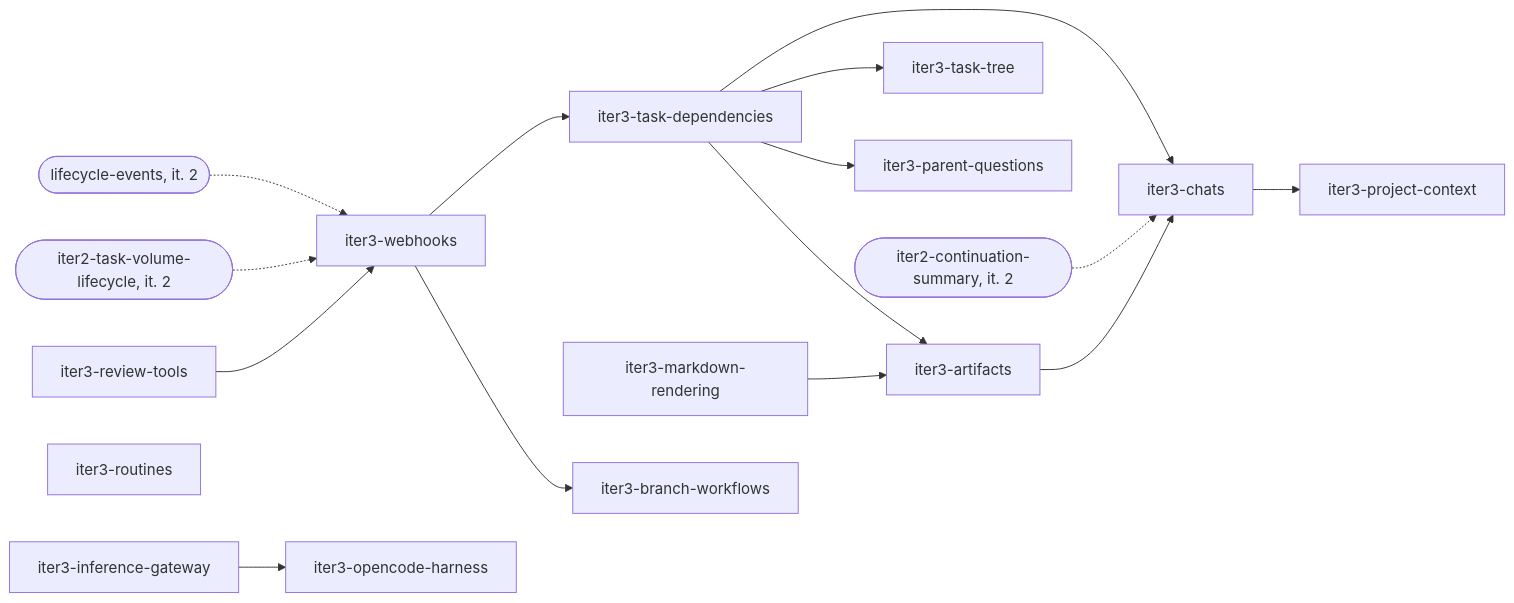
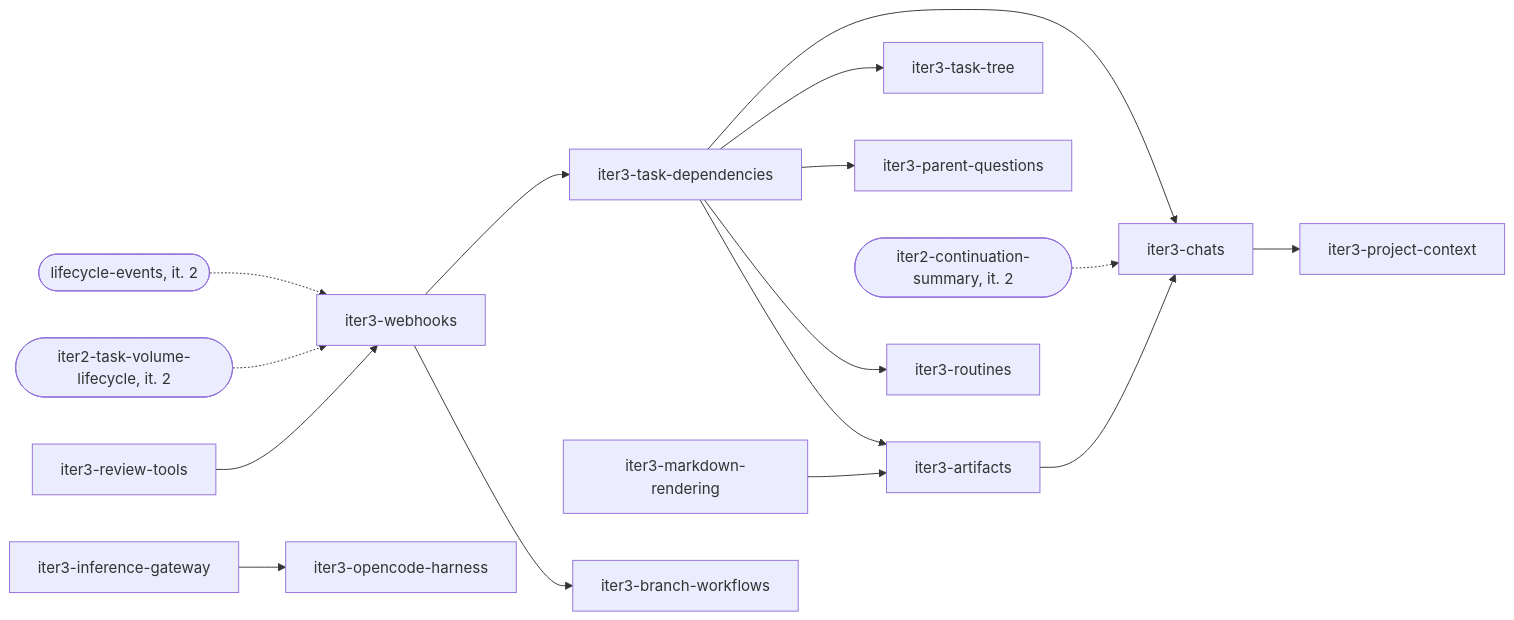
One commit to prskr/dark-factory changed the diagram in product/iterations/iteration-3.md. Above: the diagram before and after it, drawn with Mermaid. The commit also changed other lines of this file and 9 other files, not shown here.

First line of the commit message:
docs(openspec): propose iter3-routines

````diff
--- a/product/iterations/iteration-3.md
+++ b/product/iterations/iteration-3.md
@@ -35,18 +35,18 @@
 ```mermaid
 flowchart LR
   LE([lifecycle-events, it. 2]) -.-> WH
   TV([iter2-task-volume-lifecycle, it. 2]) -.-> WH
   RT[iter3-review-tools] --> WH[iter3-webhooks]
   WH --> TD[iter3-task-dependencies]
   TD --> CH[iter3-chats]
   CS([iter2-continuation-summary, it. 2]) -.-> CH
   CH --> PC[iter3-project-context]
   TD --> TT[iter3-task-tree]
   TD --> PQ[iter3-parent-questions]
   TD --> AR[iter3-artifacts]
   AR --> CH
   MR[iter3-markdown-rendering] --> AR
   WH --> BW[iter3-branch-workflows]
-  RO[iter3-routines]
+  TD --> RO[iter3-routines]
   IG[iter3-inference-gateway] --> OC[iter3-opencode-harness]
 ```
````
